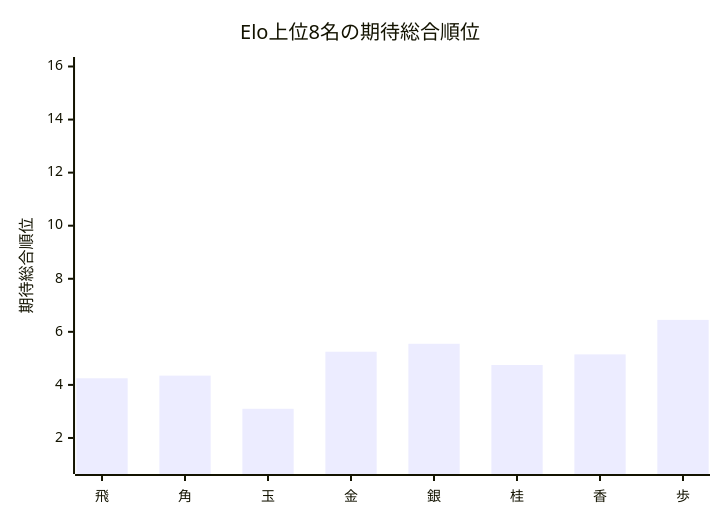
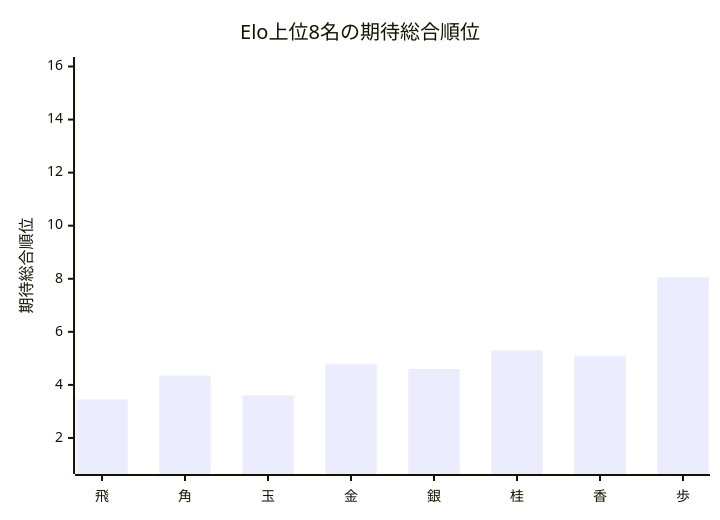
Before and after one commit to muzudho/ShogiTournamentSystemAnalyzer: the first of 2 diagrams in Output/TournamentQualityEvaluator/TournamentQualityReport/Summary/[先手8x後手8]_[Neutral_Single10_STSAInput2_draft]_quality_summary.md, drawn with Mermaid. The commit also changed other lines of this file and 46 other files, not shown here.

````diff
--- a/Output/TournamentQualityEvaluator/TournamentQualityReport/Summary/[先手8x後手8]_[Neutral_Single10_STSAInput2_draft]_quality_summary.md
+++ b/Output/TournamentQualityEvaluator/TournamentQualityReport/Summary/[先手8x後手8]_[Neutral_Single10_STSAInput2_draft]_quality_summary.md
@@ -43,7 +57,7 @@
 ```mermaid
 xychart-beta
     title "Elo上位8名の期待総合順位"
     x-axis ["飛", "角", "玉", "金", "銀", "桂", "香", "歩"]
     y-axis "期待総合順位" 1 --> 16
-    bar [4.250, 4.350, 3.100, 5.250, 5.550, 4.750, 5.150, 6.450]
+    bar [3.450, 4.350, 3.600, 4.800, 4.600, 5.300, 5.100, 8.050]
 ```
````
